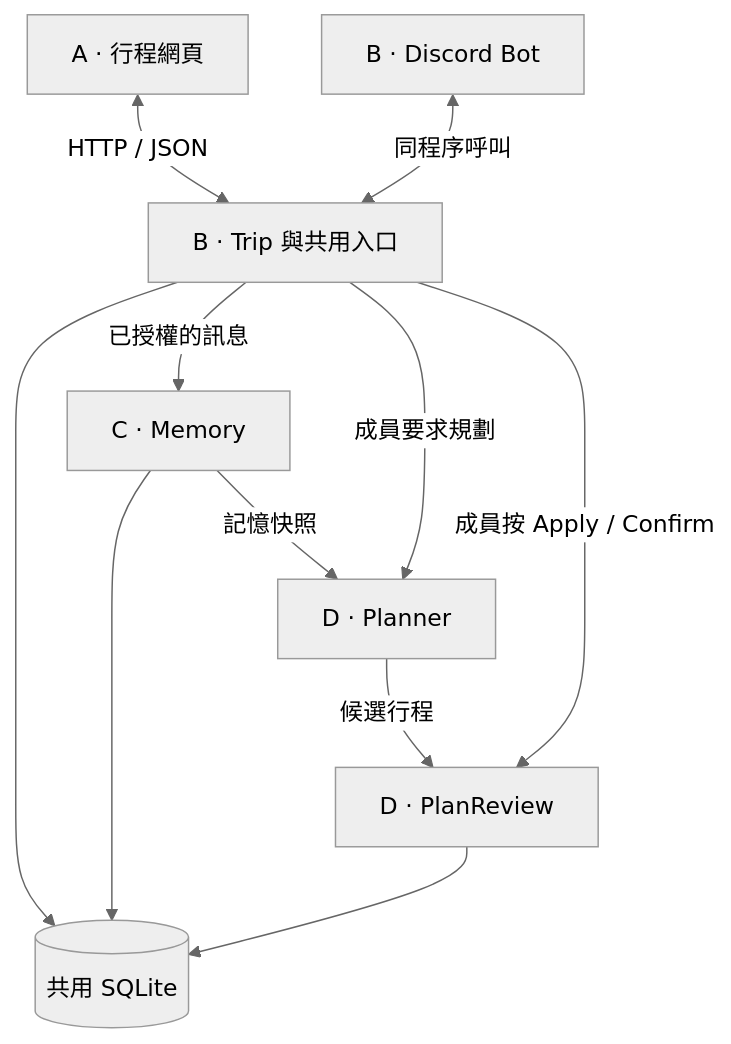
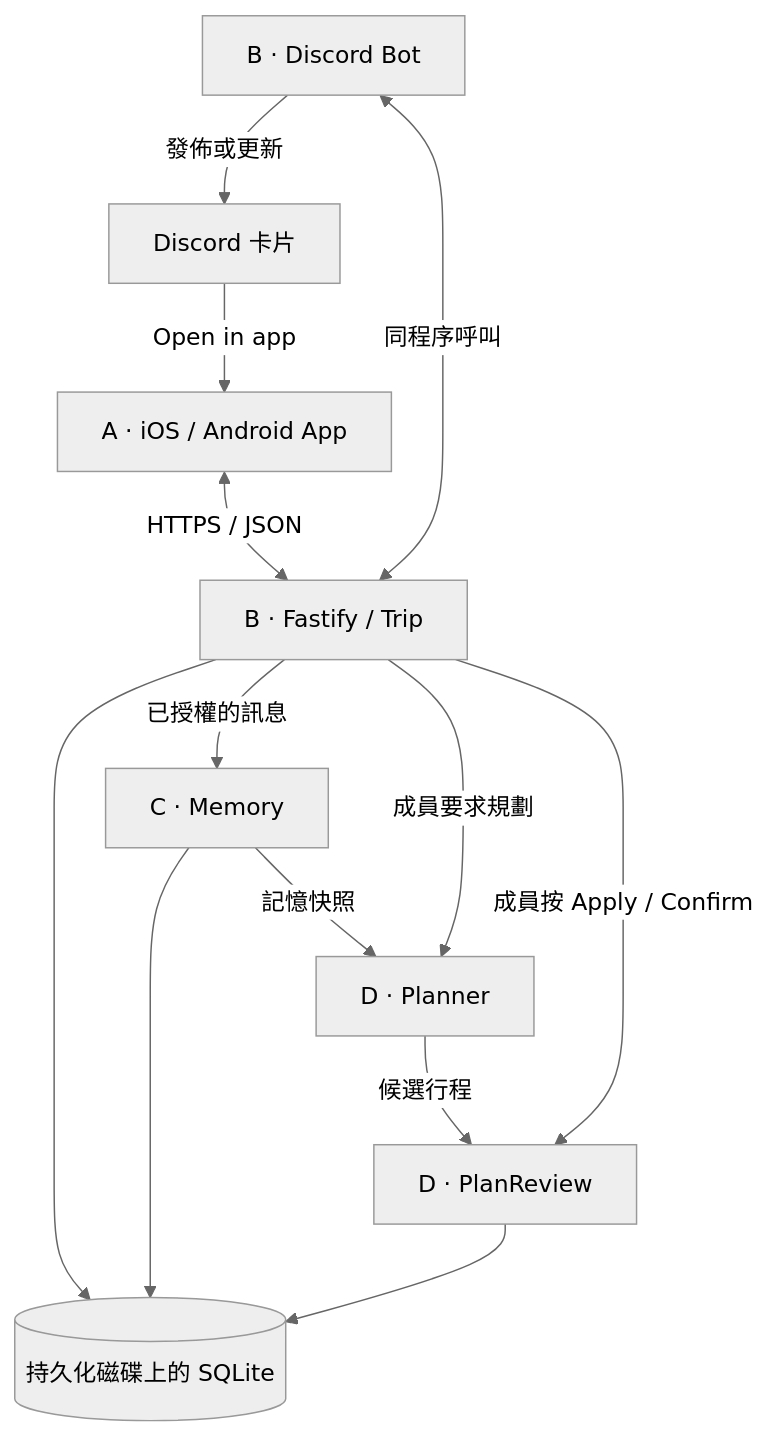
One commit to cy-cheng/haico changed the diagram in milestone3/IMPLEMENTATION_PLAN.md. Above: the diagram before and after it, drawn with Mermaid (neutral theme). The commit also changed other lines of this file and 2 other files, not shown here.

Commit message:
Plan installable Waymark iOS and Android test builds

````diff
--- a/milestone3/IMPLEMENTATION_PLAN.md
+++ b/milestone3/IMPLEMENTATION_PLAN.md
@@ -34,13 +34,15 @@
 ```mermaid
 flowchart TD
-    Web["A · 行程網頁"] <-->|HTTP / JSON| Trip["B · Trip 與共用入口"]
-    Bot["B · Discord Bot"] <-->|同程序呼叫| Trip
+    Card["Discord 卡片"] -->|Open in app| Mobile["A · iOS / Android App"]
+    Mobile <-->|HTTPS / JSON| Trip["B · Fastify / Trip"]
+    Bot["B · Discord Bot"] -->|發佈或更新| Card
+    Bot <-->|同程序呼叫| Trip
     Trip -->|已授權的訊息| Memory["C · Memory"]
     Memory -->|記憶快照| Planner["D · Planner"]
     Trip -->|成員要求規劃| Planner
     Planner -->|候選行程| Review["D · PlanReview"]
     Trip -->|成員按 Apply / Confirm| Review
-    Trip --> DB[("共用 SQLite")]
+    Trip --> DB[("持久化磁碟上的 SQLite")]
     Memory --> DB
     Review --> DB
 ```
````
